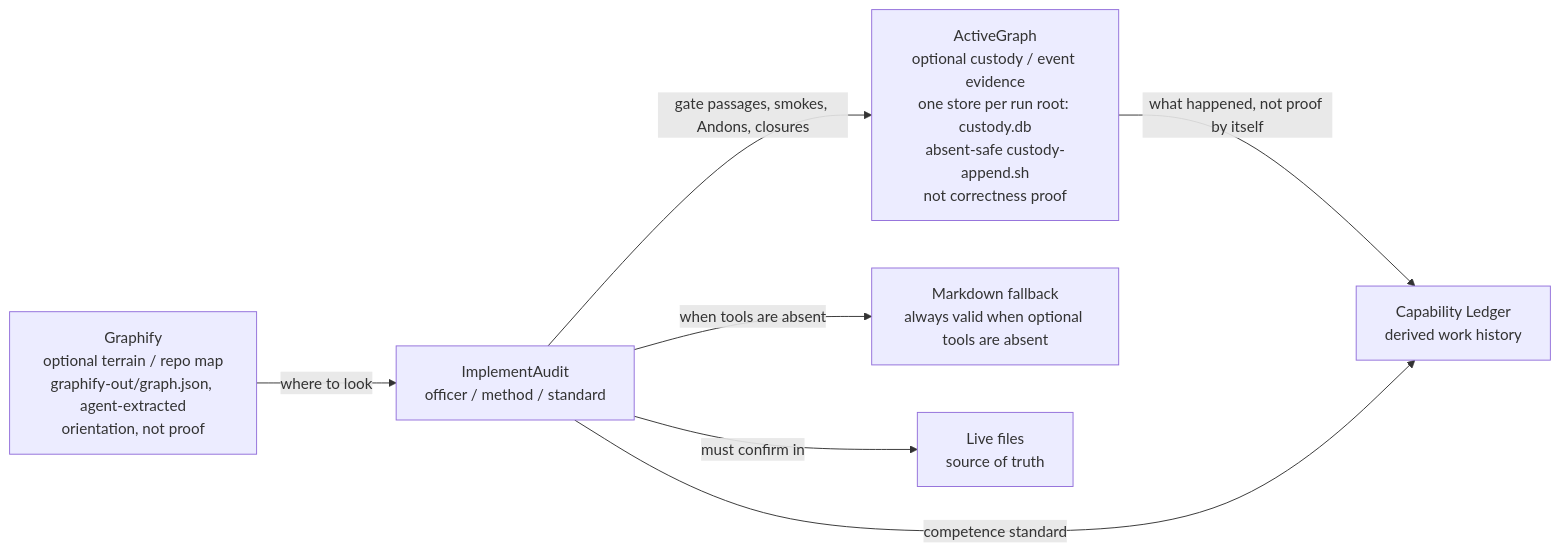
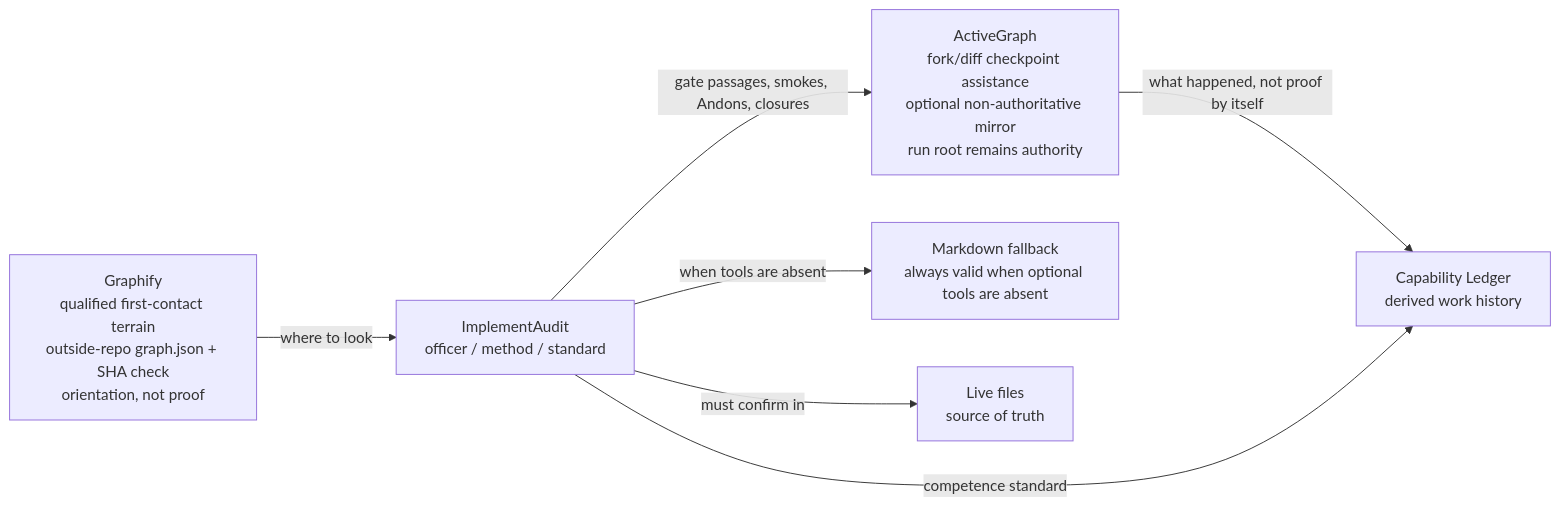
One commit to theislampill/IMPLEMENTAUDIT.md changed the first of 3 diagrams in README.md. Above: the diagram before and after it, drawn with Mermaid. The commit also changed other lines of this file and 51 other files, not shown here.

````diff
--- a/README.md
+++ b/README.md
@@ -162,16 +162,16 @@
 ```mermaid
 flowchart LR
   I["ImplementAudit<br/>officer / method / standard"]
-  G["Graphify<br/>optional terrain / repo map<br/>graphify-out/graph.json, agent-extracted<br/>orientation, not proof"]
-  A["ActiveGraph<br/>optional custody / event evidence<br/>one store per run root: custody.db<br/>absent-safe custody-append.sh<br/>not correctness proof"]
+  G["Graphify<br/>qualified first-contact terrain<br/>outside-repo graph.json + SHA check<br/>orientation, not proof"]
+  A["ActiveGraph<br/>fork/diff checkpoint assistance<br/>optional non-authoritative mirror<br/>run root remains authority"]
   C["Capability Ledger<br/>derived work history"]
   M["Markdown fallback<br/>always valid when optional tools are absent"]
   L["Live files<br/>source of truth"]
 
   G -->|where to look| I
   I -->|must confirm in| L
   I -->|gate passages, smokes, Andons, closures| A
   A -->|what happened, not proof by itself| C
   I -->|competence standard| C
   I -->|when tools are absent| M
 ```
````
